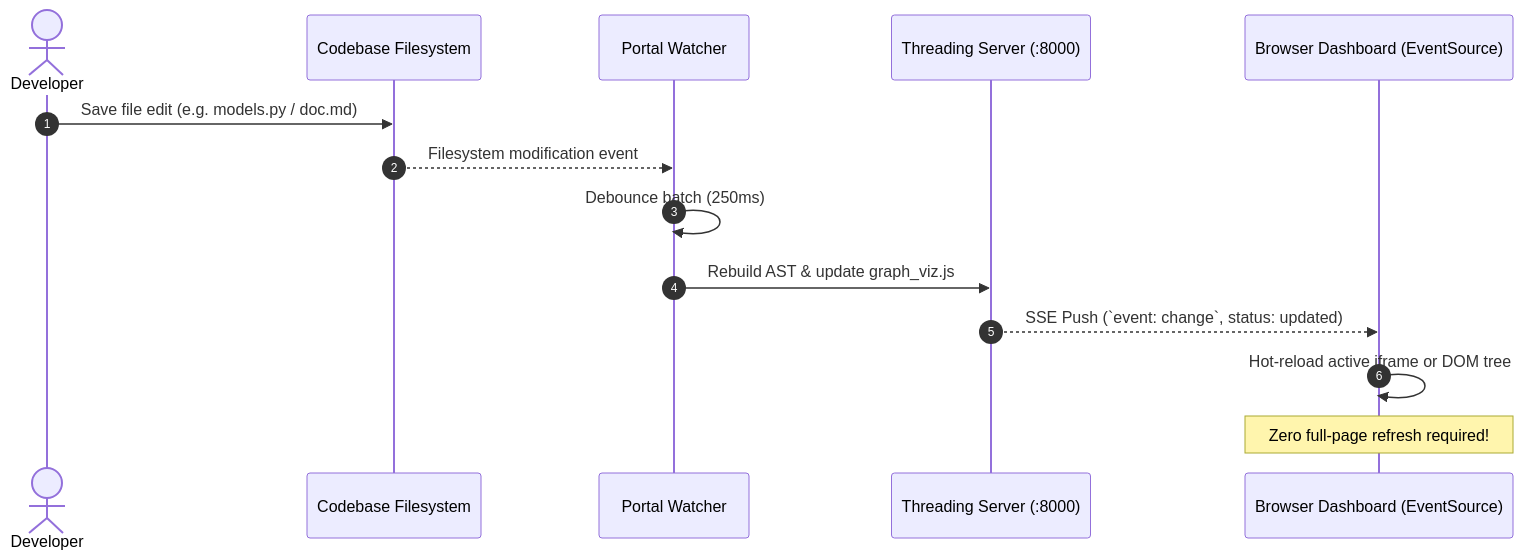
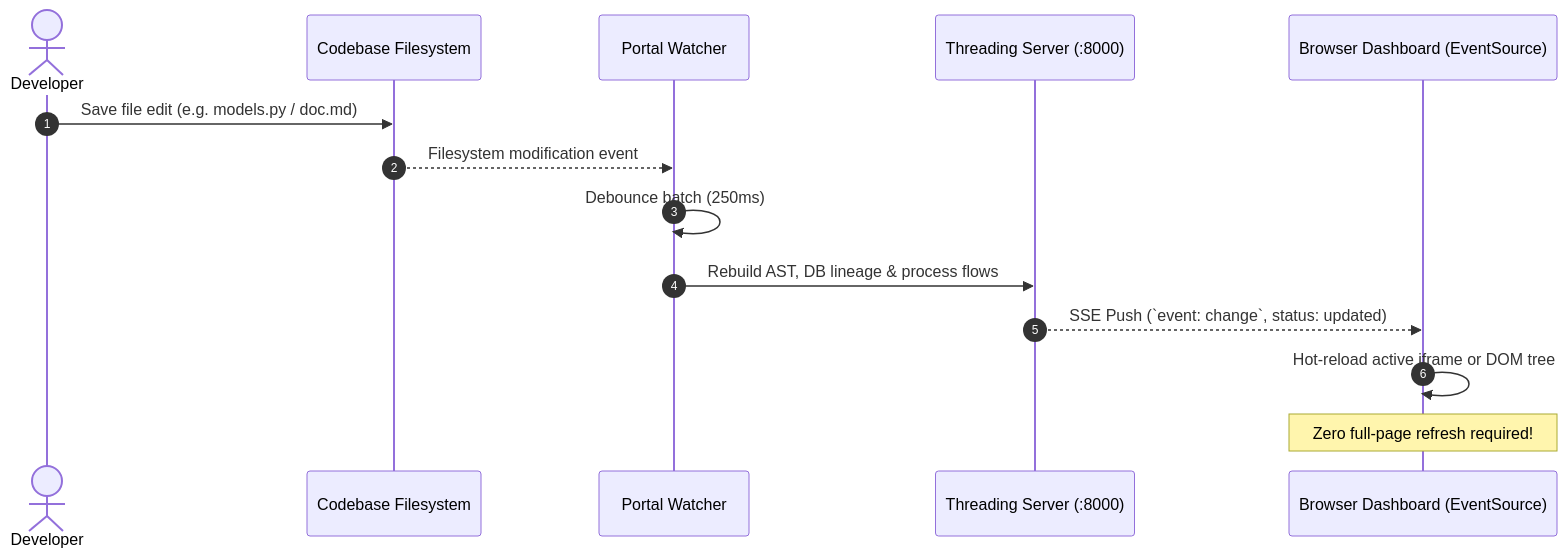
Before and after one commit to andreafinazziinfo/knowledge-portal: the second of 2 diagrams in README.md, drawn with Mermaid. The commit also changed other lines of this file and 11 other files, not shown here.

First line of the commit message:
feat(peak-excellence): 2D/3D ergonomics, live SQL tools, floorplan filtering, AI process flow bridge & dual manual

````diff
--- a/README.md
+++ b/README.md
@@ -83,17 +101,17 @@
 ```mermaid
 sequenceDiagram
     autonumber
     actor Dev as Developer
     participant FS as Codebase Filesystem
     participant PW as Portal Watcher
     participant TS as Threading Server (:8000)
     participant UI as Browser Dashboard (EventSource)
 
     Dev->>FS: Save file edit (e.g. models.py / doc.md)
     FS-->>PW: Filesystem modification event
     PW->>PW: Debounce batch (250ms)
-    PW->>TS: Rebuild AST & update graph_viz.js
+    PW->>TS: Rebuild AST, DB lineage & process flows
     TS-->>UI: SSE Push (`event: change`, status: updated)
     UI->>UI: Hot-reload active iframe or DOM tree
     Note over UI: Zero full-page refresh required!
 ```
````
